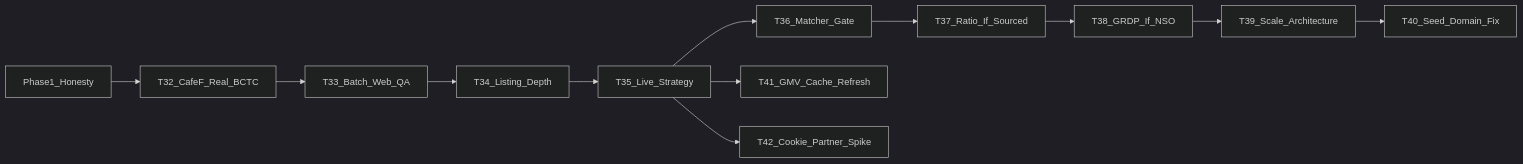
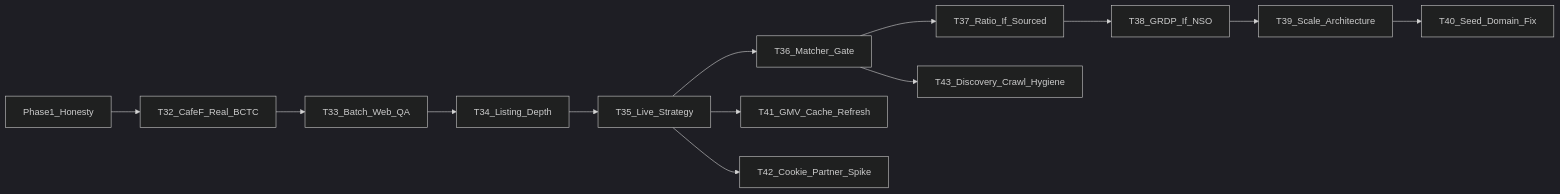
Before and after one commit to thanhhale288/data-economy: the diagram in .scratch/epic3-phase2-plan.md, drawn with Mermaid (dark theme). The commit also changed other lines of this file and 10 other files, not shown here.

````diff
--- a/.scratch/epic3-phase2-plan.md
+++ b/.scratch/epic3-phase2-plan.md
@@ -9,18 +9,20 @@
 ```mermaid
 flowchart LR
   P1[Phase1_Honesty]
   T32[T32_CafeF_Real_BCTC]
   T33[T33_Batch_Web_QA]
   T34[T34_Listing_Depth]
   T35[T35_Live_Strategy]
   T36[T36_Matcher_Gate]
   T37[T37_Ratio_If_Sourced]
   T38[T38_GRDP_If_NSO]
   T39[T39_Scale_Architecture]
   T40[T40_Seed_Domain_Fix]
   T41[T41_GMV_Cache_Refresh]
   T42[T42_Cookie_Partner_Spike]
+  T43[T43_Discovery_Crawl_Hygiene]
   P1 --> T32 --> T33 --> T34 --> T35 --> T36 --> T37 --> T38 --> T39 --> T40
   T35 --> T41
   T35 --> T42
+  T36 --> T43
 ```
````
